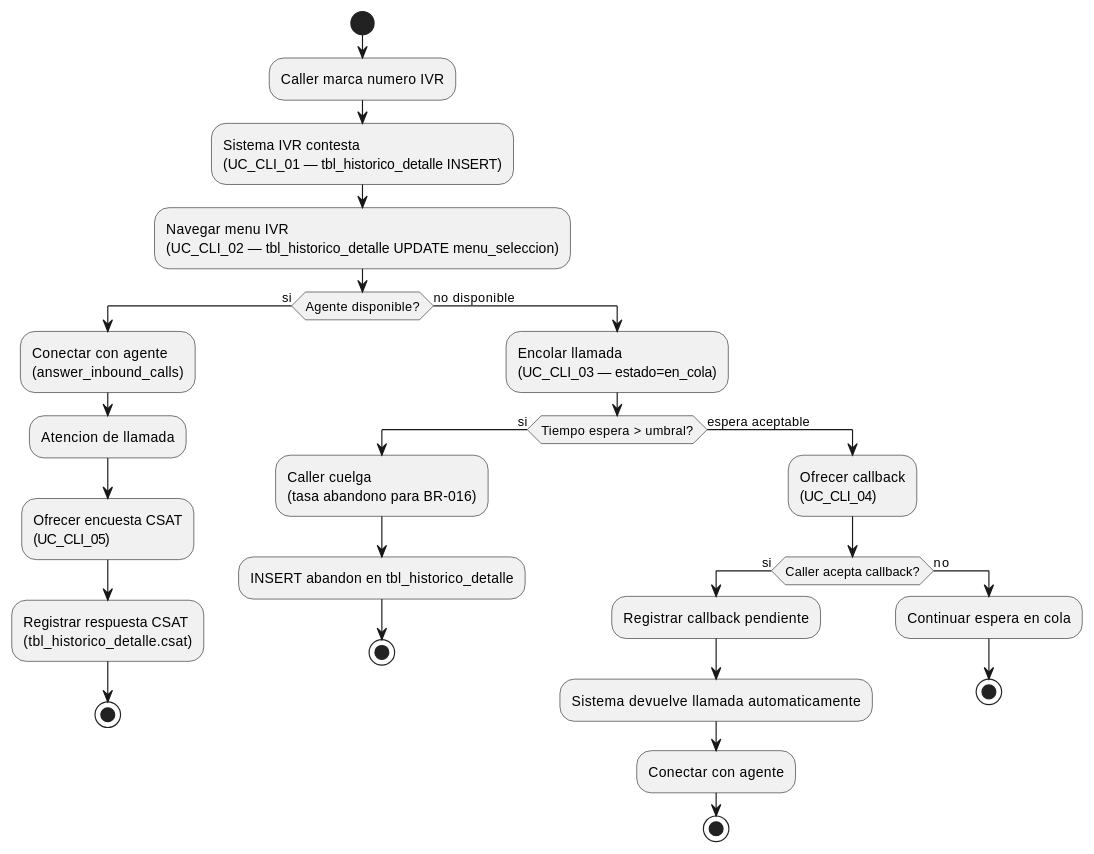
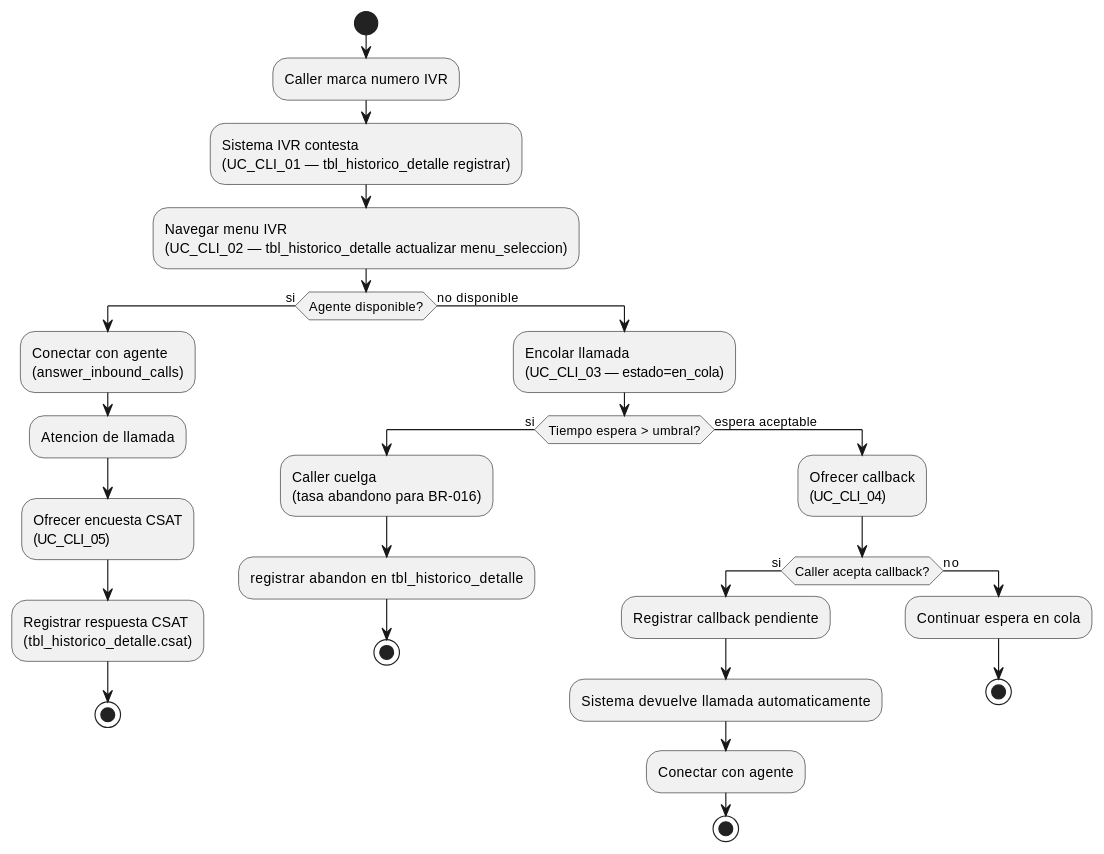
The diagram in source/arquitectura-tecnica/modulos/caller/diagramas/flujo-llamante-ivr.rst (jcg-admin/IACT-docs), drawn with PlantUML before and after one commit. The commit also changed 48 other files, not shown here.

```diff
--- a/source/arquitectura-tecnica/modulos/caller/diagramas/flujo-llamante-ivr.rst
+++ b/source/arquitectura-tecnica/modulos/caller/diagramas/flujo-llamante-ivr.rst
@@ -22,39 +22,39 @@
 .. uml::
  :caption: Flujo del Caller — llamada entrante, navegacion, cola y CSAT.
 
  @startuml
 
  start
 
  :Caller marca numero IVR;
- :Sistema IVR contesta\n(UC_CLI_01 — tbl_historico_detalle INSERT);
+ :Sistema IVR contesta\n(UC_CLI_01 — tbl_historico_detalle registrar);
 
- :Navegar menu IVR\n(UC_CLI_02 — tbl_historico_detalle UPDATE menu_seleccion);
+ :Navegar menu IVR\n(UC_CLI_02 — tbl_historico_detalle actualizar menu_seleccion);
 
  if (Agente disponible?) then (si)
    :Conectar con agente\n(answer_inbound_calls);
    :Atencion de llamada;
    :Ofrecer encuesta CSAT\n(UC_CLI_05);
    :Registrar respuesta CSAT\n(tbl_historico_detalle.csat);
    stop
  else (no disponible)
    :Encolar llamada\n(UC_CLI_03 — estado=en_cola);
    if (Tiempo espera > umbral?) then (si)
      :Caller cuelga\n(tasa abandono para BR-016);
-     :INSERT abandon en tbl_historico_detalle;
+     :registrar abandon en tbl_historico_detalle;
      stop
    else (espera aceptable)
      :Ofrecer callback\n(UC_CLI_04);
      if (Caller acepta callback?) then (si)
        :Registrar callback pendiente;
        :Sistema devuelve llamada automaticamente;
        :Conectar con agente;
        stop
      else (no)
        :Continuar espera en cola;
        stop
      endif
    endif
  endif
 
  @enduml
```
